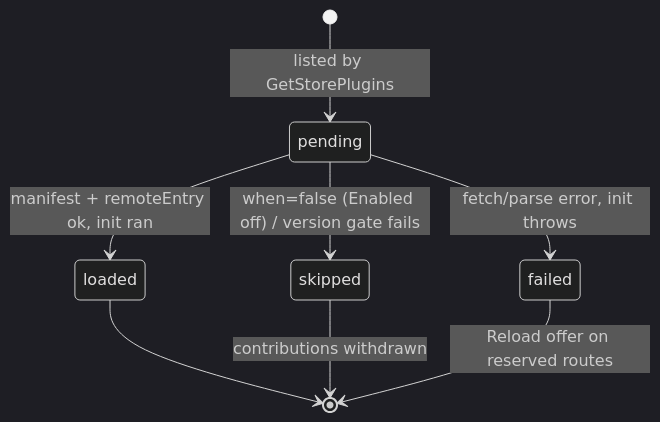
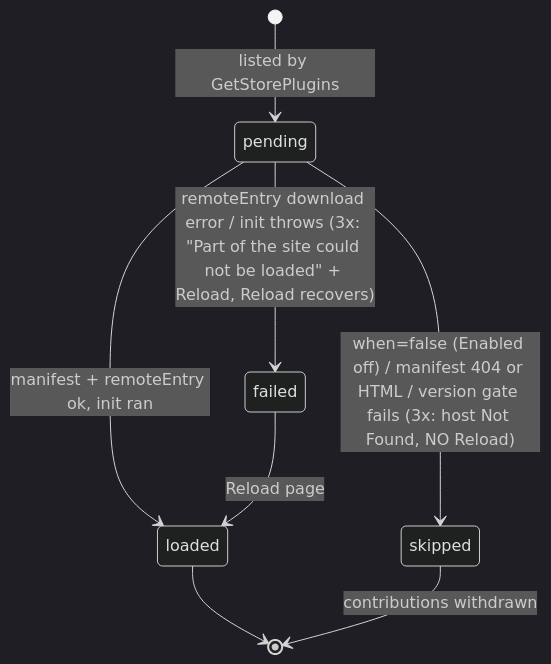
Before and after one commit to VirtoCommerce/ai-tools: the third of 3 diagrams in reports/ba/test-models/VCST-6015-2026-10-15.md, drawn with Mermaid (dark theme). The commit also changed other lines of this file and 31 other files, not shown here.

````diff
--- a/reports/ba/test-models/VCST-6015-2026-10-15.md
+++ b/reports/ba/test-models/VCST-6015-2026-10-15.md
@@ -71,10 +71,10 @@
 ```mermaid
 stateDiagram-v2
   [*] --> pending : listed by GetStorePlugins
-  pending --> skipped : when=false (Enabled off) / version gate fails
+  pending --> skipped : when=false (Enabled off) / manifest 404 or HTML / version gate fails (3x: host Not Found, NO Reload)
   pending --> loaded : manifest + remoteEntry ok, init ran
-  pending --> failed : fetch/parse error, init throws
+  pending --> failed : remoteEntry download error / init throws (3x: "Part of the site could not be loaded" + Reload, Reload recovers)
   loaded --> [*]
   skipped --> [*] : contributions withdrawn
-  failed --> [*] : Reload offer on reserved routes
+  failed --> loaded : Reload page
 ```
````
